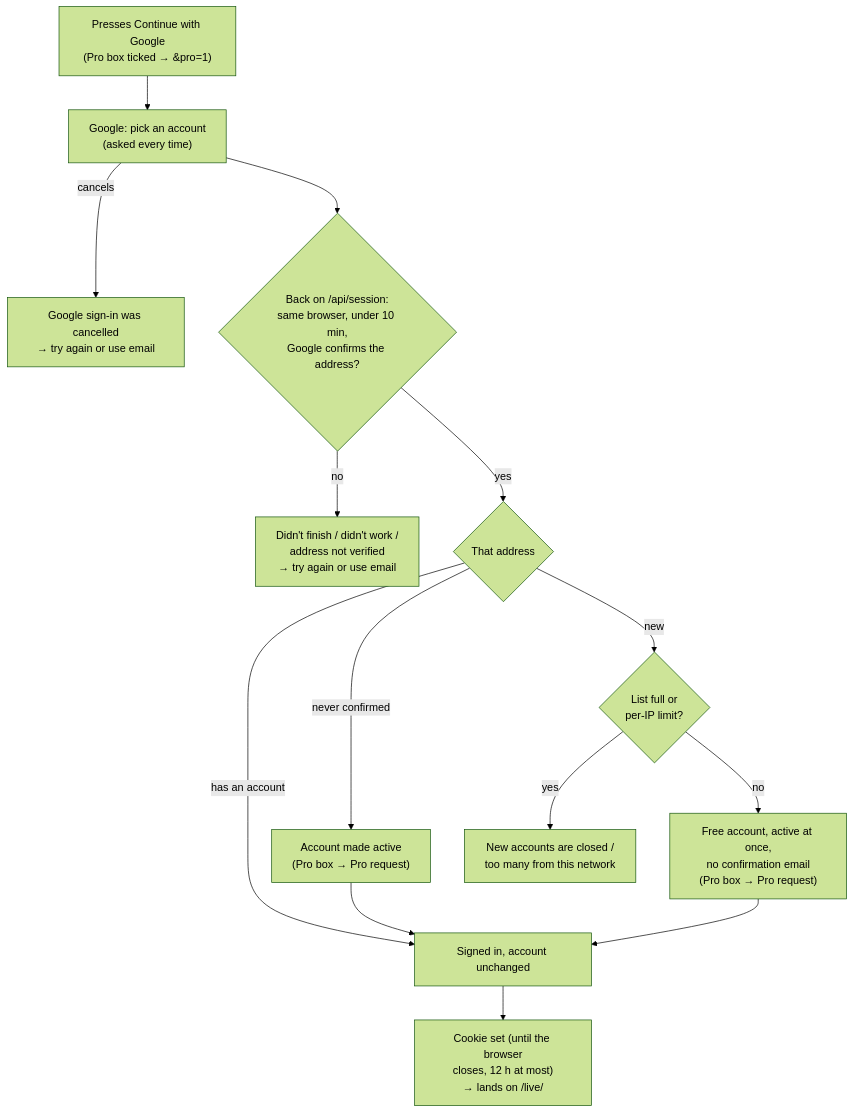
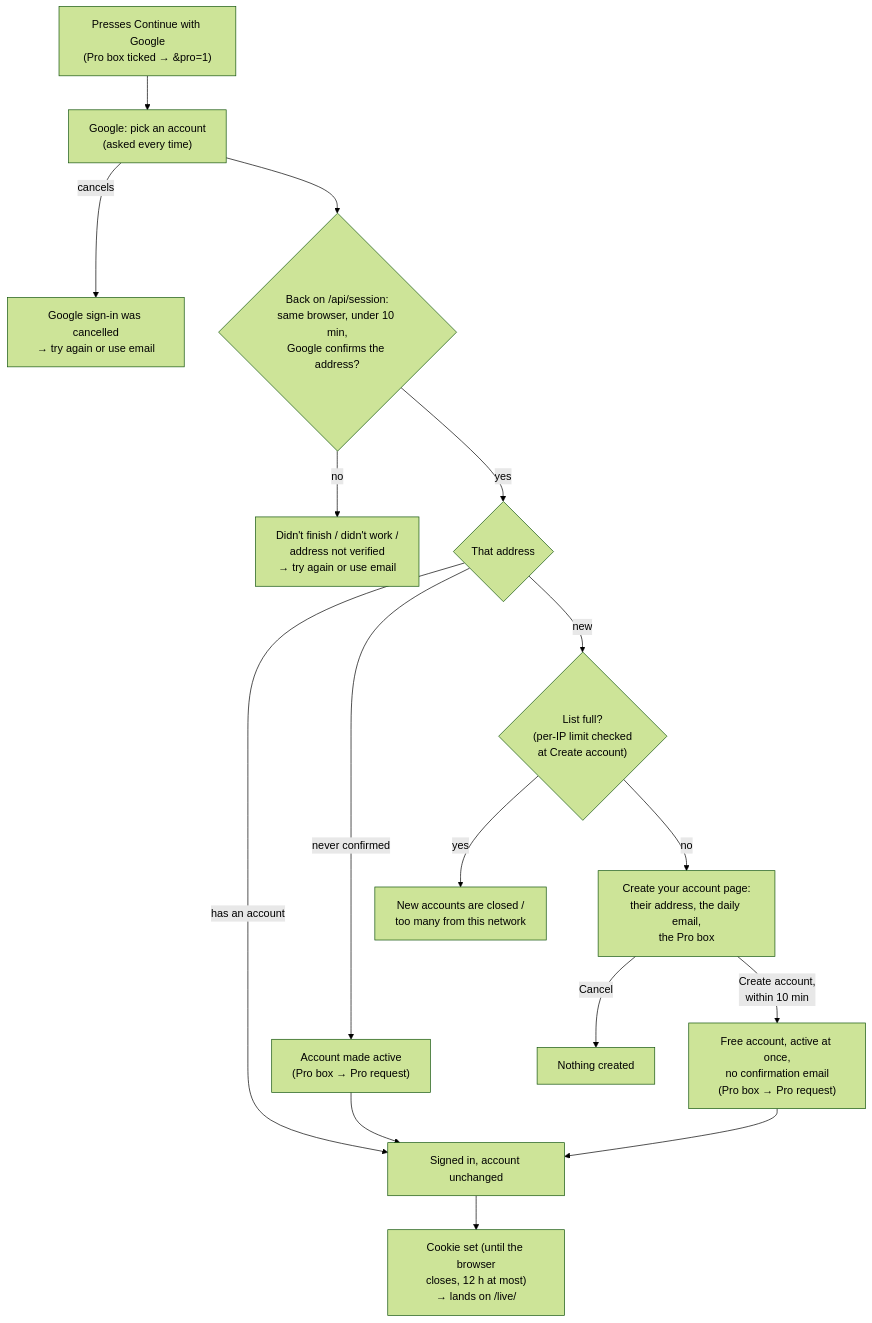
One commit to bhawnamanglapm/travel-problem-radar-case-study changed the fourth of 4 diagrams in docs/subscriptions/account-flows.md. Above: the diagram before and after it, drawn with Mermaid (forest theme). The commit also changed other lines of this file and 5 other files, not shown here.

````diff
--- a/docs/subscriptions/account-flows.md
+++ b/docs/subscriptions/account-flows.md
@@ -87,16 +87,18 @@
 ```mermaid
 flowchart TD
   A["Presses Continue with Google<br/>(Pro box ticked → &pro=1)"] --> B["Google: pick an account<br/>(asked every time)"]
   B -- "cancels" --> X1["Google sign-in was cancelled<br/>→ try again or use email"]
   B --> C{"Back on /api/session:<br/>same browser, under 10 min,<br/>Google confirms the address?"}
   C -- no --> X2["Didn't finish / didn't work /<br/>address not verified<br/>→ try again or use email"]
   C -- yes --> D{"That address"}
   D -- "has an account" --> S["Signed in, account unchanged"]
   D -- "never confirmed" --> P["Account made active<br/>(Pro box → Pro request)"]
-  D -- "new" --> N{"List full or<br/>per-IP limit?"}
+  D -- "new" --> N{"List full?<br/>(per-IP limit checked<br/>at Create account)"}
   N -- yes --> X3["New accounts are closed /<br/>too many from this network"]
-  N -- no --> F["Free account, active at once,<br/>no confirmation email<br/>(Pro box → Pro request)"]
+  N -- no --> K["Create your account page:<br/>their address, the daily email,<br/>the Pro box"]
+  K -- "Cancel" --> X4["Nothing created"]
+  K -- "Create account,<br/>within 10 min" --> F["Free account, active at once,<br/>no confirmation email<br/>(Pro box → Pro request)"]
   P --> S
   F --> S
   S --> L["Cookie set (until the browser<br/>closes, 12 h at most)<br/>→ lands on /live/"]
 ```
````
